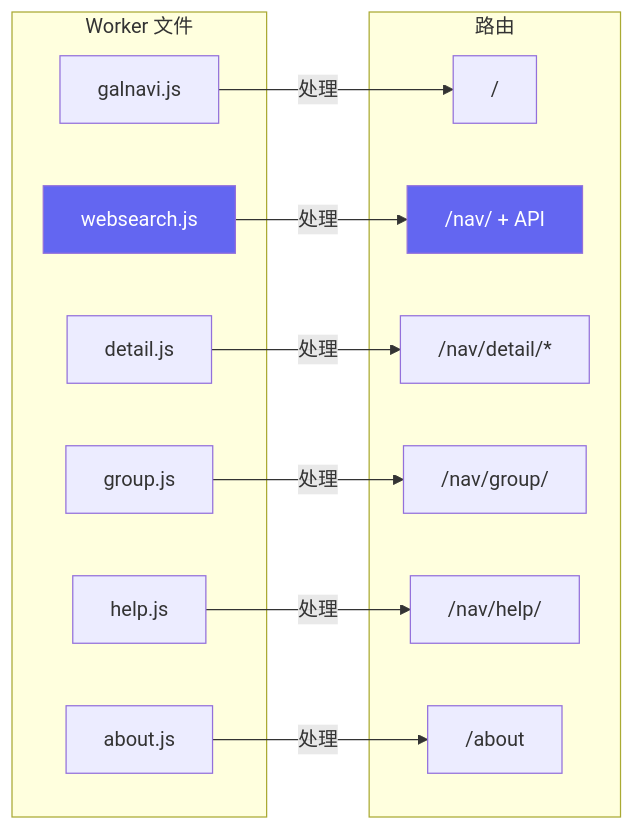
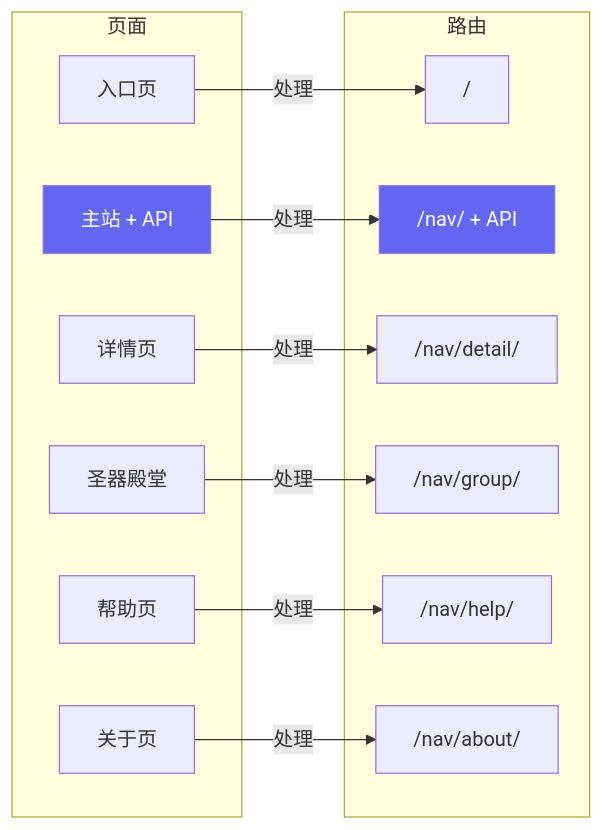
Diagram 11 of 11 in 网站框架总览.md (argb6/galnavi-obsidian), drawn with Mermaid before and after one commit. The commit also changed other lines of this file and 34 other files, not shown here.

````diff
--- a/网站框架总览.md
+++ b/网站框架总览.md
@@ -413,30 +412,30 @@
 ```mermaid
 graph LR
-    subgraph Worker 文件
-        JS1["galnavi.js"]
-        JS2["websearch.js"]
-        JS3["detail.js"]
-        JS4["group.js"]
-        JS5["help.js"]
-        JS6["about.js"]
+    subgraph 页面
+        P1["入口页"]
+        P2["主站 + API"]
+        P3["详情页"]
+        P4["圣器殿堂"]
+        P5["帮助页"]
+        P6["关于页"]
      end
 
     subgraph 路由
         R1["/"]
         R2["/nav/ + API"]
-        R3["/nav/detail/*"]
+        R3["/nav/detail/"]
         R4["/nav/group/"]
         R5["/nav/help/"]
-        R6["/about"]
+        R6["/nav/about/"]
     end
 
-    JS1 -->|处理| R1
-    JS2 -->|处理| R2
-    JS3 -->|处理| R3
-    JS4 -->|处理| R4
-    JS5 -->|处理| R5
-    JS6 -->|处理| R6
+    P1 -->|处理| R1
+    P2 -->|处理| R2
+    P3 -->|处理| R3
+    P4 -->|处理| R4
+    P5 -->|处理| R5
+    P6 -->|处理| R6
 
-    style JS2 fill:#6366f1,color:#fff
+    style P2 fill:#6366f1,color:#fff
     style R2 fill:#6366f1,color:#fff
 ```
````
